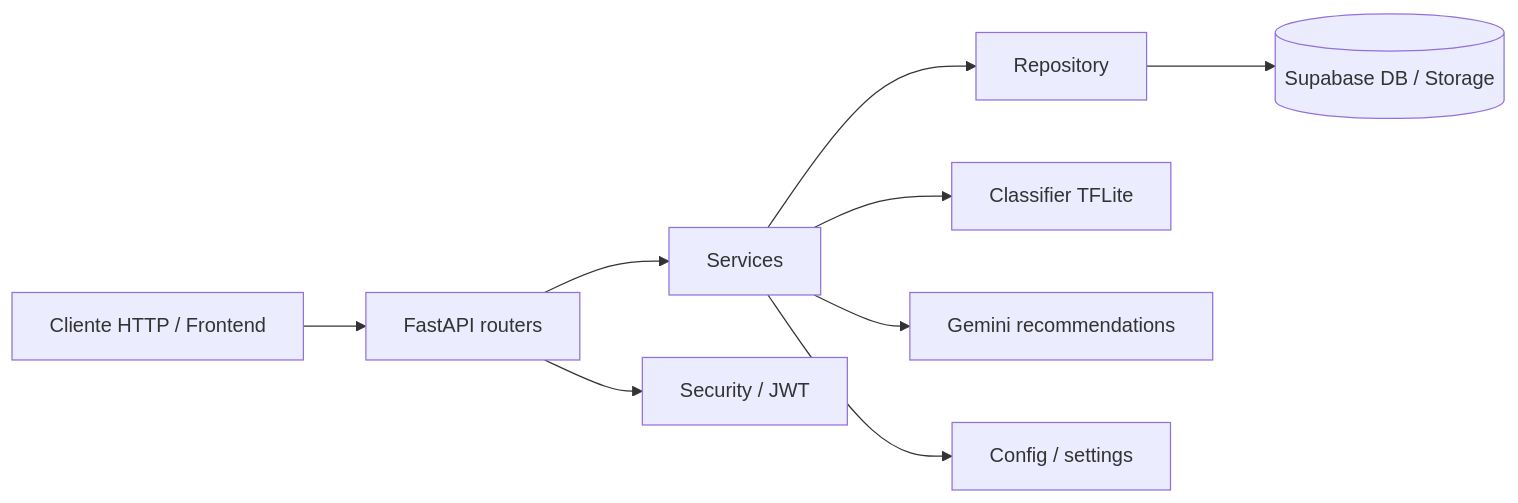
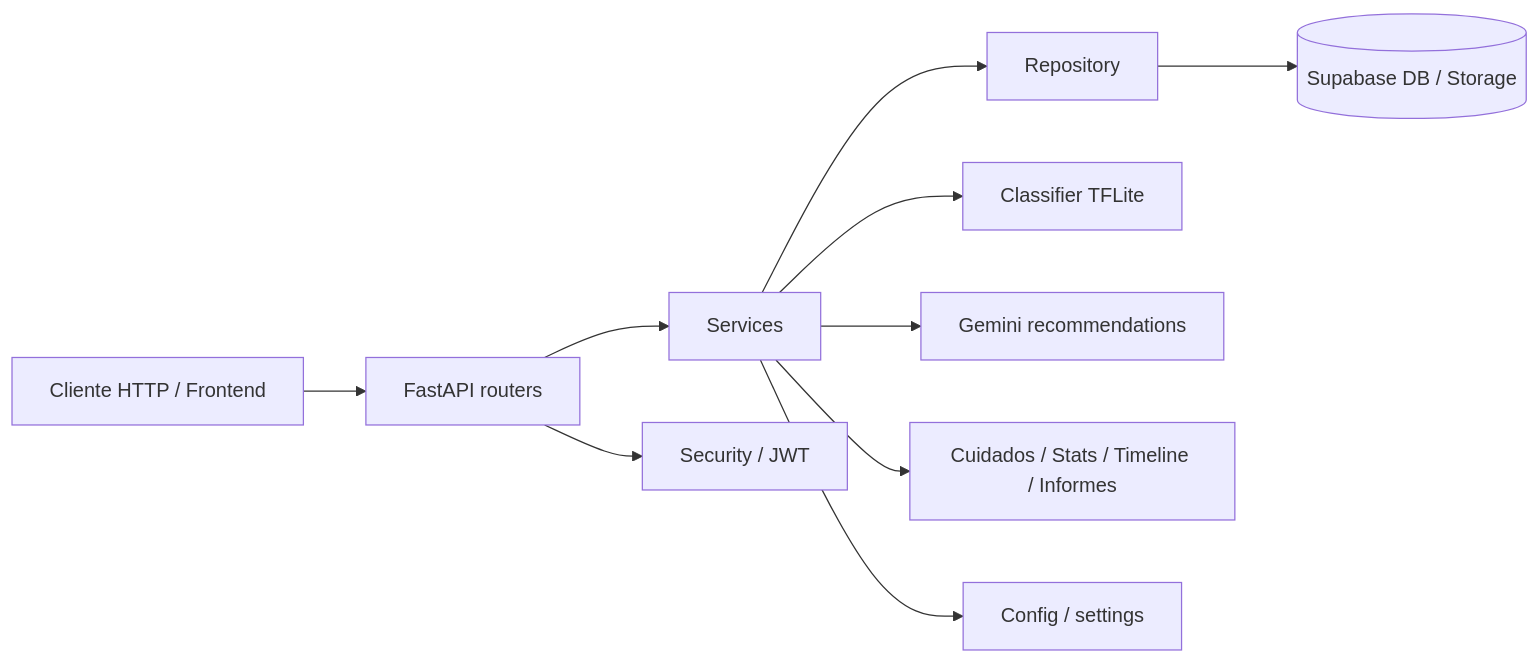
One commit to sebasbarriosrome-lgtm/backend-ai-kroppi changed the first of 3 diagrams in PROJECT_CONTEXT.md. Above: the diagram before and after it, drawn with Mermaid. The commit also changed other lines of this file and 26 other files, not shown here.

````diff
--- a/PROJECT_CONTEXT.md
+++ b/PROJECT_CONTEXT.md
@@ -91,11 +102,12 @@
 ```mermaid
 flowchart LR
     A[Cliente HTTP / Frontend] --> B[FastAPI routers]
     B --> C[Services]
     C --> D[Repository]
     D --> E[(Supabase DB / Storage)]
     C --> F[Classifier TFLite]
     C --> G[Gemini recommendations]
+    C --> J[Cuidados / Stats / Timeline / Informes]
     B --> H[Security / JWT]
     C --> I[Config / settings]
 ```
````
